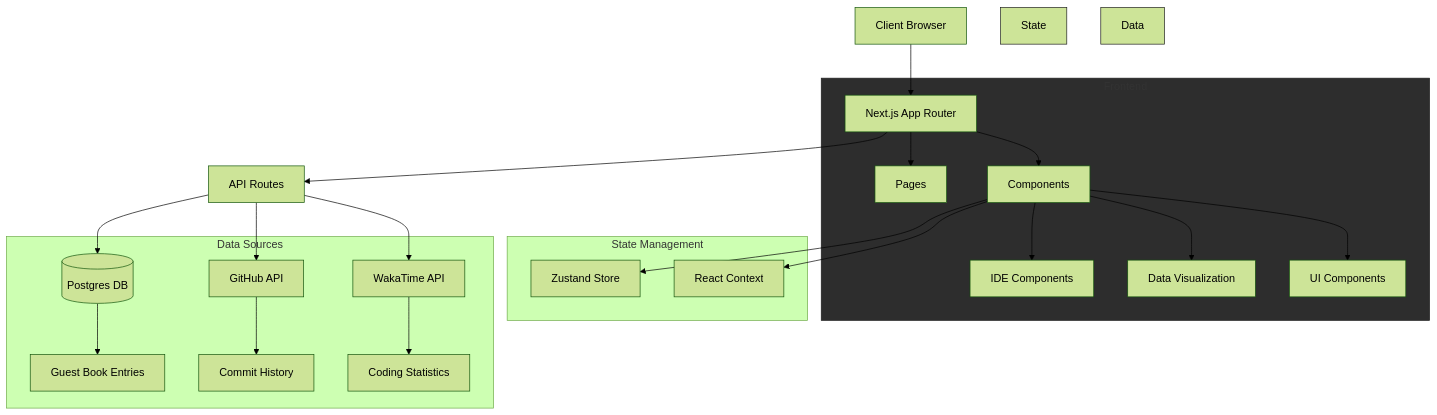
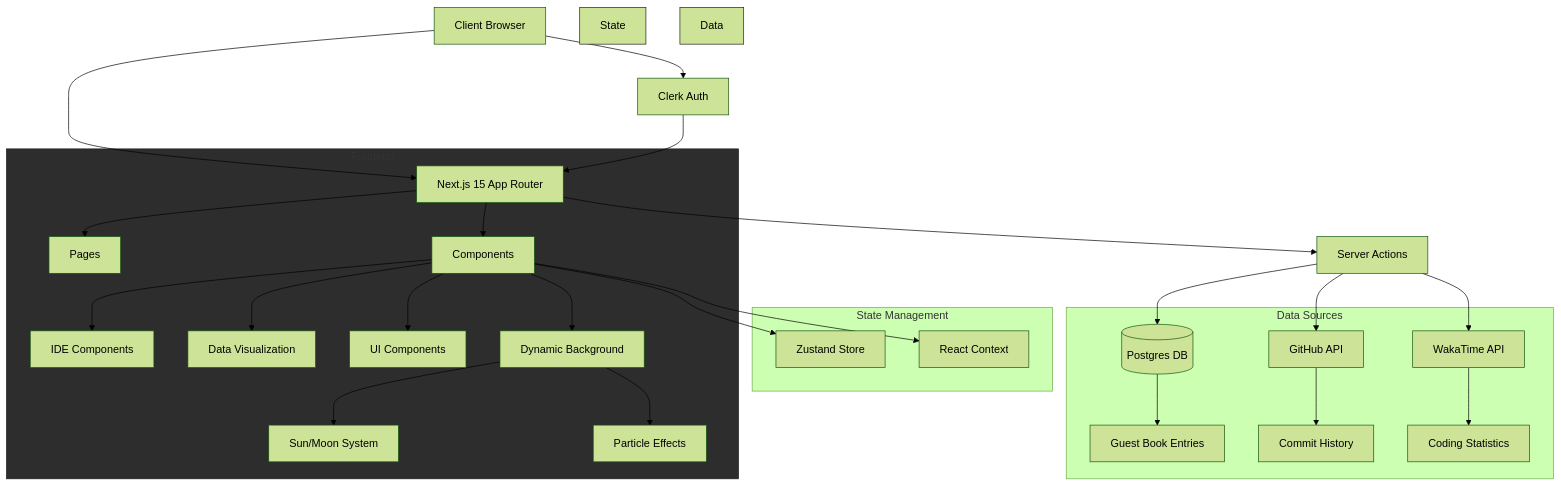
The first of 2 diagrams in README.md (xCarter93/nextjs-portfolio-app), drawn with Mermaid (forest theme) before and after one commit. The commit also changed 2 other files, not shown here.

Commit message:
added route for projects category, updated readme file

````diff
--- a/README.md
+++ b/README.md
@@ -139,38 +139,44 @@
 ```mermaid
 flowchart TB
     Client[Client Browser]
-    Next[Next.js App Router]
-    API[API Routes]
+    Next[Next.js 15 App Router]
+    Server[Server Actions]
     DB[(Postgres DB)]
     GH[GitHub API]
     WK[WakaTime API]
+    Clerk[Clerk Auth]
 
     Client --> Next
-    Next --> API
-    API --> DB
-    API --> GH
-    API --> WK
+    Next --> Server
+    Server --> DB
+    Server --> GH
+    Server --> WK
+    Client --> Clerk
+    Clerk --> Next
 
     subgraph Frontend
         Next --> Pages[Pages]
         Next --> Components[Components]
         Components --> IDE[IDE Components]
         Components --> Charts[Data Visualization]
         Components --> UI[UI Components]
+        Components --> Background[Dynamic Background]
+        Background --> Sun[Sun/Moon System]
+        Background --> Particles[Particle Effects]
     end
 
     subgraph State Management
         Components --> Zustand[Zustand Store]
         Components --> Context[React Context]
     end
 
     subgraph Data Sources
         DB --> GuestBook[Guest Book Entries]
         GH --> GitHistory[Commit History]
         WK --> CodingStats[Coding Statistics]
     end
 
     style Frontend fill:#2d2d2d,stroke:#1e1e1e
     style State Management fill:#2d2d2d,stroke:#1e1e1e
     style Data Sources fill:#2d2d2d,stroke:#1e1e1e
 ```
````
